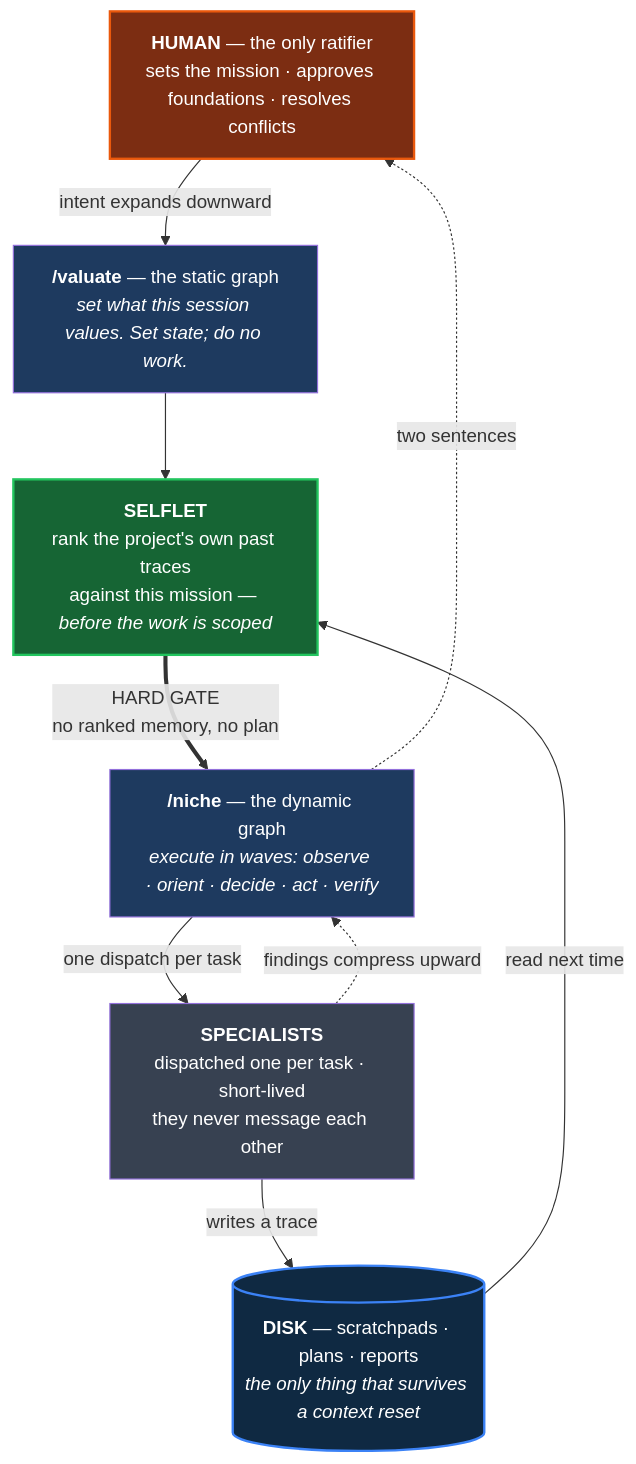
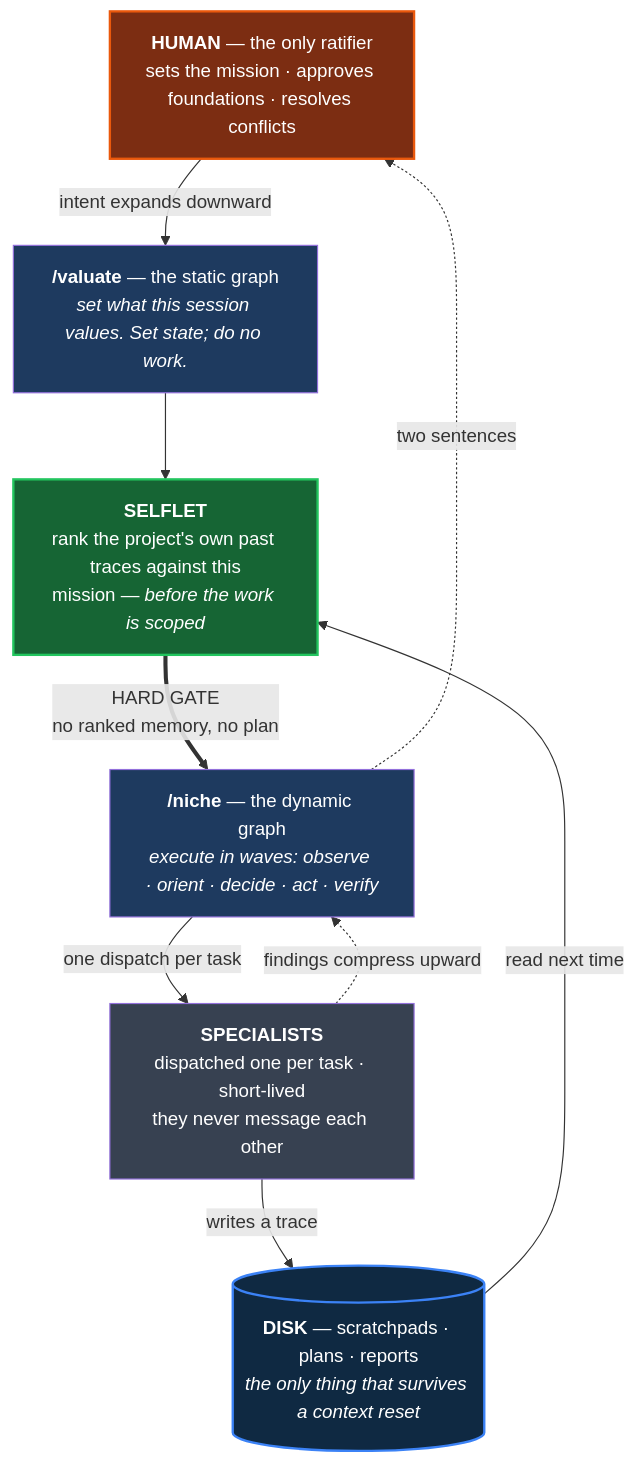
Before and after one commit to bert-berkers/urbanrepml-atlas: the diagram in README.md, drawn with Mermaid. The commit also changed other lines of this file and 11 other files, not shown here.

````diff
--- a/README.md
+++ b/README.md
@@ -487,25 +531,25 @@
 ```mermaid
 flowchart TB
     H["<b>HUMAN</b> — the only ratifier<br/>sets the mission · approves foundations · resolves conflicts"]
     V["<b>/valuate</b> — the static graph<br/><i>set what this session values. Set state; do no work.</i>"]
-    SEL["<b>SELFLET</b><br/>rank the project's own past traces<br/>against this mission — <i>before the work is scoped</i>"]
+    SEL["<b>SELFLET</b><br/>rank the project's own past traces against this<br/>mission — <i>before the work is scoped</i>"]
     N["<b>/niche</b> — the dynamic graph<br/><i>execute in waves: observe · orient · decide · act · verify</i>"]
     SP["<b>SPECIALISTS</b><br/>dispatched one per task · short-lived<br/>they never message each other"]
     D[("<b>DISK</b> — scratchpads · plans · reports<br/><i>the only thing that survives a context reset</i>")]
 
     H -->|"intent expands downward"| V
     V --> SEL
     SEL ==>|"HARD GATE<br/>no ranked memory, no plan"| N
     N -->|"one dispatch per task"| SP
     SP -->|"writes a trace"| D
     D -->|"read next time"| SEL
     SP -.->|"findings compress upward"| N
     N -.->|"two sentences"| H
 
     style H fill:#7c2d12,color:#fff,stroke:#ea580c,stroke-width:2px
     style D fill:#0f2942,color:#fff,stroke:#3b82f6,stroke-width:2px
     style SEL fill:#166534,color:#fff,stroke:#22c55e,stroke-width:2px
     style V fill:#1e3a5f,color:#fff
     style N fill:#1e3a5f,color:#fff
     style SP fill:#374151,color:#fff
 ```
````
